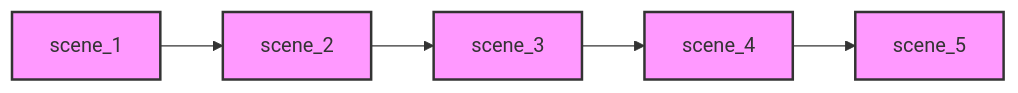
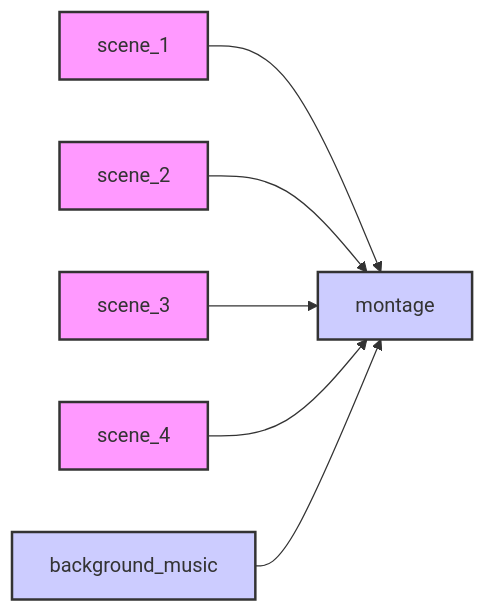
One commit to palladius/media-arneis changed the diagram in graph.md. Above: the diagram before and after it, drawn with Mermaid. The commit also changed other lines of this file and 13 other files, not shown here.

````diff
--- a/graph.md
+++ b/graph.md
@@ -3,13 +3,16 @@
 ```mermaid
 graph LR
   classDef scene fill:#f9f,stroke:#333,stroke-width:2px;
+  classDef project fill:#ccf,stroke:#333,stroke-width:2px;
   scene_1["scene_1"]:::scene
   scene_2["scene_2"]:::scene
-  scene_1 --> scene_2
   scene_3["scene_3"]:::scene
-  scene_2 --> scene_3
   scene_4["scene_4"]:::scene
-  scene_3 --> scene_4
-  scene_5["scene_5"]:::scene
-  scene_4 --> scene_5
+  background_music["background_music"]:::project
+  montage["montage"]:::project
+  scene_1 --> montage
+  scene_2 --> montage
+  scene_3 --> montage
+  scene_4 --> montage
+  background_music --> montage
 ```
````
